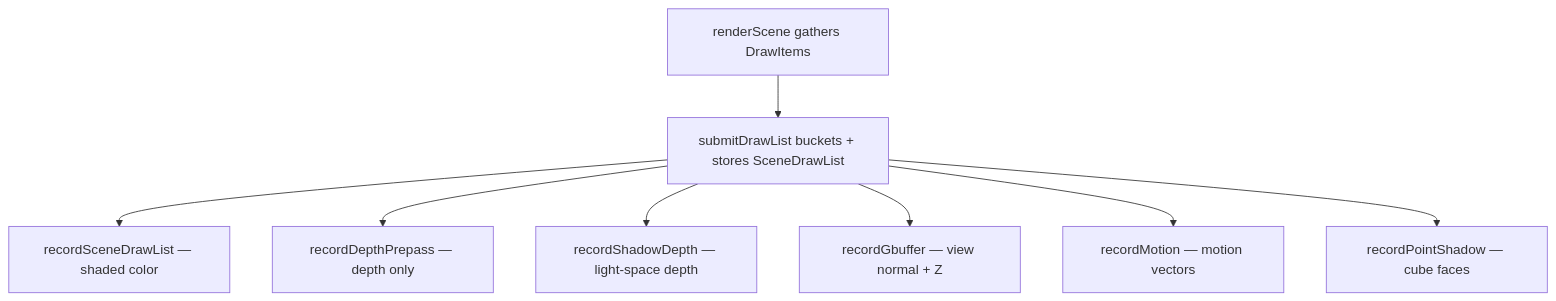
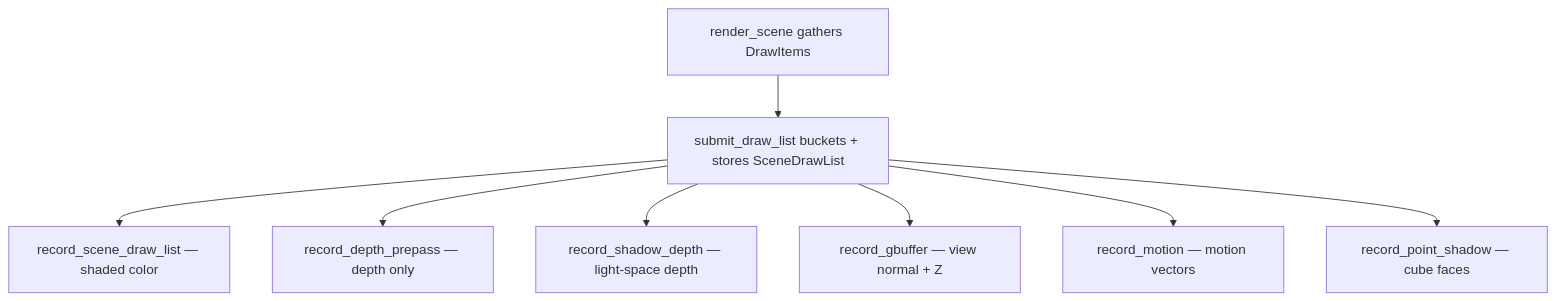
Before and after one commit to saffronjam/saffron-anima: the diagram in docs/content/explanations/geometry-and-assets/draw-list.md, drawn with Mermaid. The commit also changed other lines of this file and 11 other files, not shown here.

````diff
--- a/docs/content/explanations/geometry-and-assets/draw-list.md
+++ b/docs/content/explanations/geometry-and-assets/draw-list.md
@@ -93,10 +102,10 @@
 ```mermaid
 flowchart TD
-    A[renderScene gathers DrawItems] --> B[submitDrawList buckets + stores SceneDrawList]
-    B --> C[recordSceneDrawList — shaded color]
-    B --> D[recordDepthPrepass — depth only]
-    B --> E[recordShadowDepth — light-space depth]
-    B --> F[recordGbuffer — view normal + Z]
-    B --> G[recordMotion — motion vectors]
-    B --> H[recordPointShadow — cube faces]
+    A[render_scene gathers DrawItems] --> B[submit_draw_list buckets + stores SceneDrawList]
+    B --> C[record_scene_draw_list — shaded color]
+    B --> D[record_depth_prepass — depth only]
+    B --> E[record_shadow_depth — light-space depth]
+    B --> F[record_gbuffer — view normal + Z]
+    B --> G[record_motion — motion vectors]
+    B --> H[record_point_shadow — cube faces]
 ```
````
